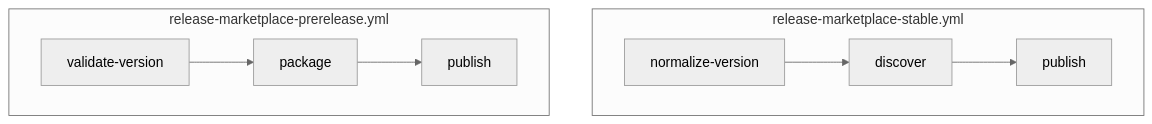
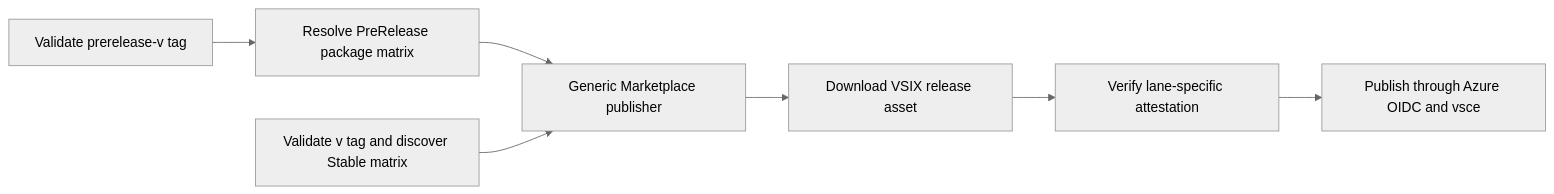
The third of 3 diagrams in docs/architecture/workflows.md (MohammedAlkindi/hve-core), drawn with Mermaid (neutral theme) before and after one commit. The commit also changed other lines of this file and 17 other files, not shown here.

````diff
--- a/docs/architecture/workflows.md
+++ b/docs/architecture/workflows.md
@@ -307,11 +297,9 @@
 ```mermaid
-flowchart TD
-    subgraph Stable["release-marketplace-stable.yml"]
-        NV[normalize-version] --> DISC[discover]
-        DISC --> PUB1[publish]
-    end
-    subgraph PreRelease["release-marketplace-prerelease.yml"]
-        VV[validate-version] --> PKG2[package]
-        PKG2 --> PUB2[publish]
-    end
+flowchart LR
+    PRE[Validate prerelease-v tag] --> PRE_MATRIX[Resolve PreRelease package matrix]
+    PRE_MATRIX --> GENERIC[Generic Marketplace publisher]
+    STABLE[Validate v tag and discover Stable matrix] --> GENERIC
+    GENERIC --> ASSET[Download VSIX release asset]
+    ASSET --> VERIFY[Verify lane-specific attestation]
+    VERIFY --> OIDC[Publish through Azure OIDC and vsce]
 ```
````
